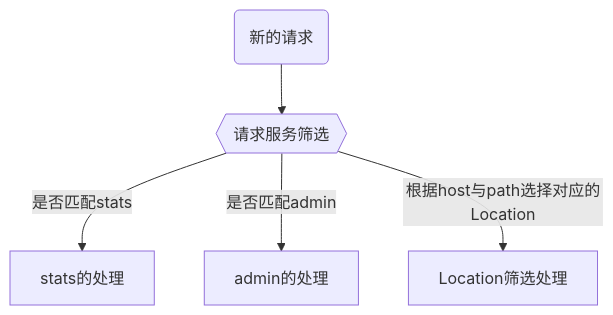
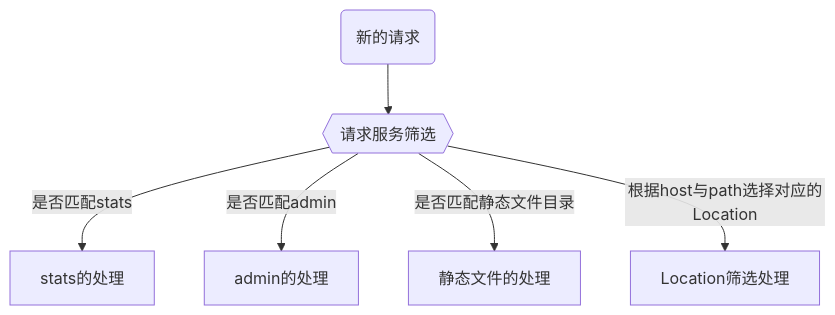
One commit to vicanso/pingap changed the diagram in docs/introduction_zh.md. Above: the diagram before and after it, drawn with Mermaid. The commit also changed other lines of this file and 4 other files, not shown here.

````diff
--- a/docs/introduction_zh.md
+++ b/docs/introduction_zh.md
@@ -24,7 +26,8 @@
 ```mermaid
 graph TD;
     start("新的请求")-->ServiceFilter{{请求服务筛选}};
     ServiceFilter--是否匹配stats-->stats的处理;
     ServiceFilter--是否匹配admin-->admin的处理;
+    ServiceFilter--是否匹配静态文件目录-->静态文件的处理;
     ServiceFilter--根据host与path选择对应的Location-->Location筛选处理;
 ```
````
